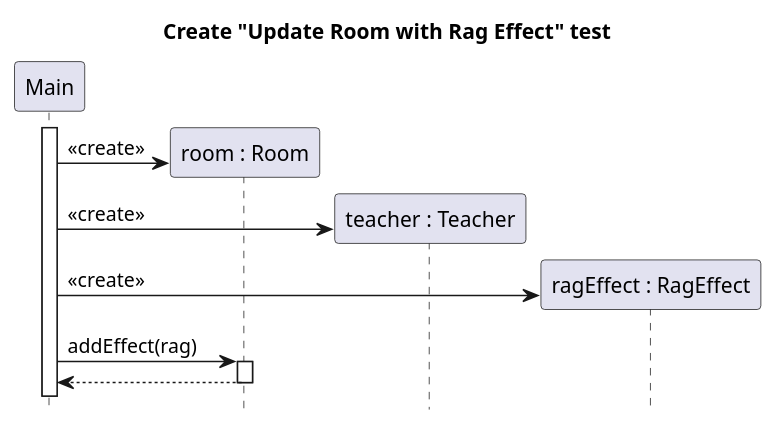
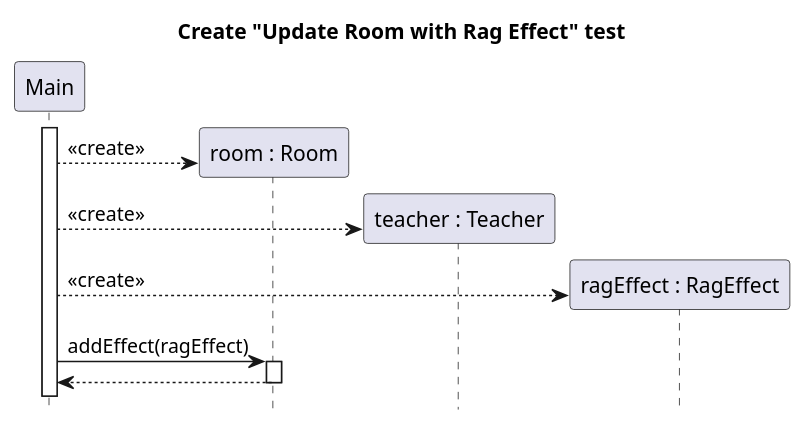
One commit to sn4k3ch4rm3r/logarlec changed the diagram in docs/diagrams/test-create-sequence/room-update-rag-effect-create.puml. Above: the diagram before and after it, drawn with PlantUML. The commit also changed 20 other files, not shown here.

Commit message:
Fixed initializer sequences

```diff
--- a/docs/diagrams/test-create-sequence/room-update-rag-effect-create.puml
+++ b/docs/diagrams/test-create-sequence/room-update-rag-effect-create.puml
@@ -1,23 +1,23 @@
 @startuml room-update-rag-effect
 title Create "Update Room with Rag Effect" test
 hide footbox
 
 skinparam SequenceReferenceBackgroundColor white
 
 participant Main
 participant "room : Room" as room
 participant "teacher : Teacher" as teacher
 participant "ragEffect : RagEffect" as rag
 
 Main++
 create room
-Main -> room : <<create>>
+Main --> room : <<create>>
 create teacher
-Main -> teacher : <<create>>
+Main --> teacher : <<create>>
 create rag
-Main -> rag : <<create>>
+Main --> rag : <<create>>
 
-Main -> room ++: addEffect(rag)
+Main -> room ++ : addEffect(ragEffect)
 return
 
 @enduml
```
